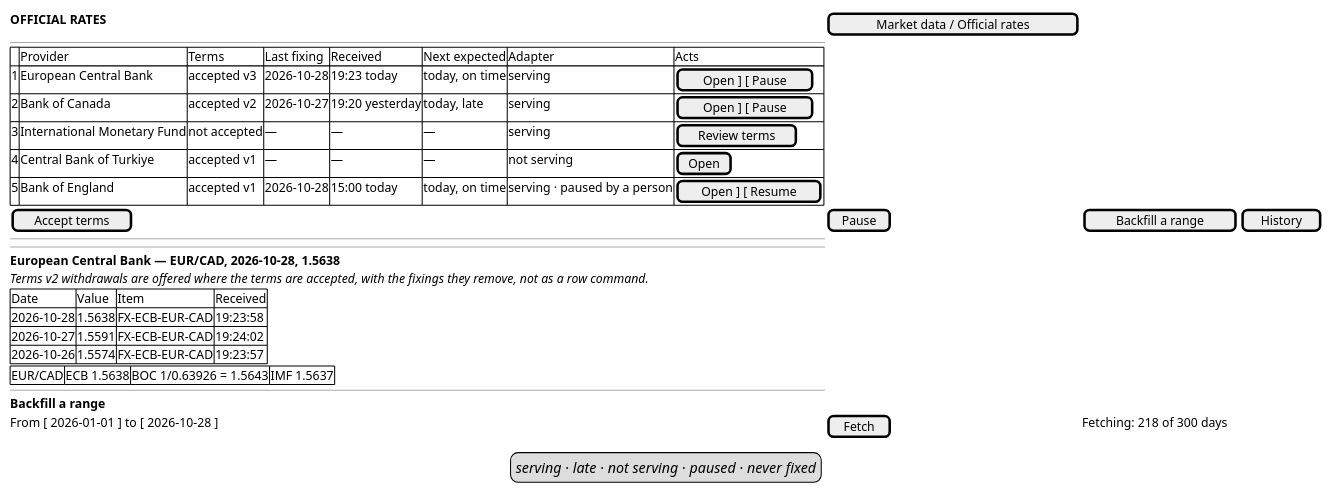
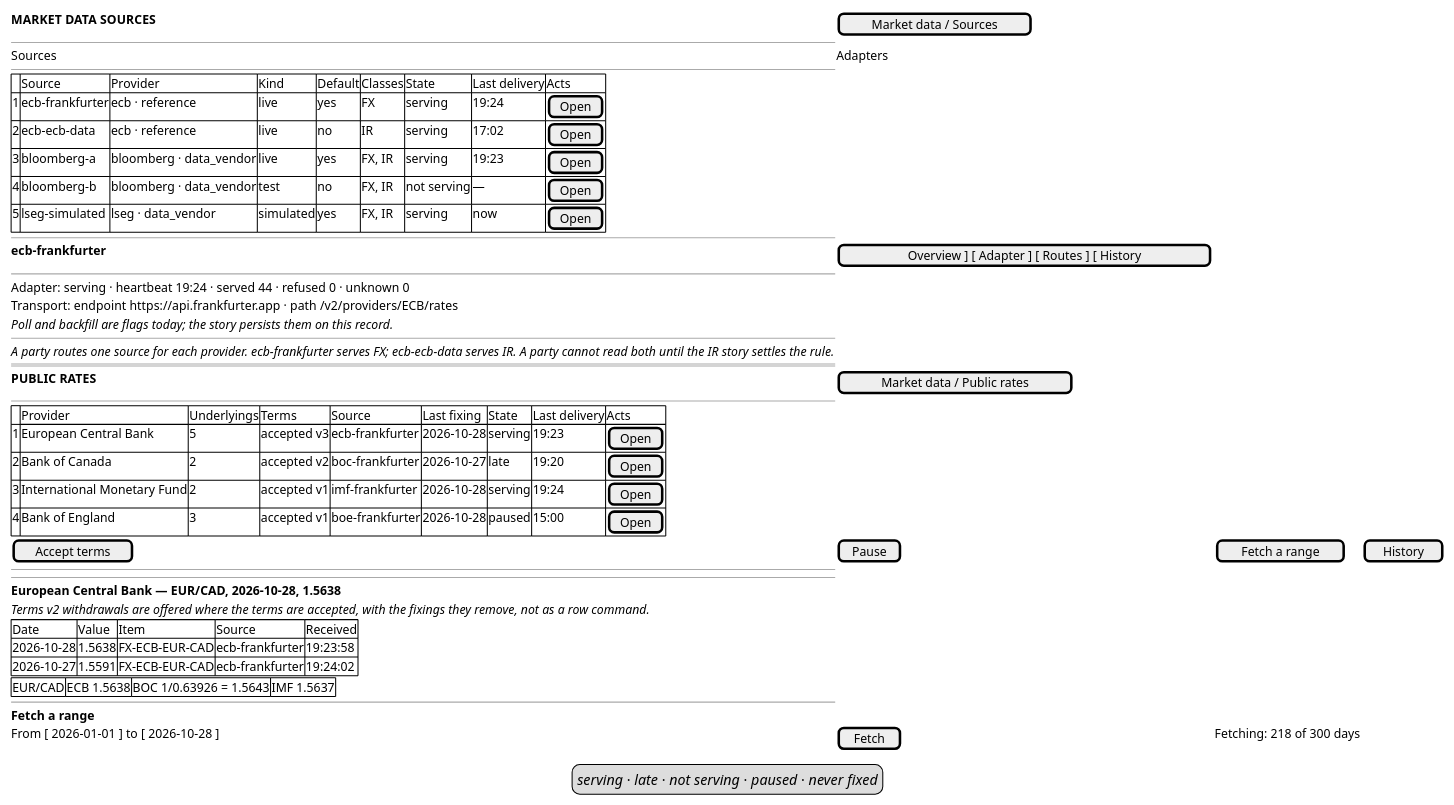
Before and after one commit to OreStudio/OreStudio: the diagram in doc/knowledge/journeys/market_data/wireframe_run-the-public-sources.puml, drawn with PlantUML. The commit also changed 16 other files, not shown here.

```diff
--- a/doc/knowledge/journeys/market_data/wireframe_run-the-public-sources.puml
+++ b/doc/knowledge/journeys/market_data/wireframe_run-the-public-sources.puml
@@ -18,35 +18,54 @@
 @startuml
 
 salt
 {
-  <b>OFFICIAL RATES</b> | [ Market data / Official rates ]
+  <b>MARKET DATA SOURCES</b> | [ Market data / Sources ]
+  --
+  Sources | Adapters
   --
   {#
-    . | Provider | Terms | Last fixing | Received | Next expected | Adapter | Acts
-    1 | European Central Bank | accepted v3 | 2026-10-28 | 19:23 today | today, on time | serving | [ Open ] [ Pause ]
-    2 | Bank of Canada | accepted v2 | 2026-10-27 | 19:20 yesterday | today, late | serving | [ Open ] [ Pause ]
-    3 | International Monetary Fund | not accepted | — | — | — | serving | [ Review terms ]
-    4 | Central Bank of Turkiye | accepted v1 | — | — | — | not serving | [ Open ]
-    5 | Bank of England | accepted v1 | 2026-10-28 | 15:00 today | today, on time | serving · paused by a person | [ Open ] [ Resume ]
+    . | Source | Provider | Kind | Default | Classes | State | Last delivery | Acts
+    1 | ecb-frankfurter | ecb · reference | live | yes | FX | serving | 19:24 | [ Open ]
+    2 | ecb-ecb-data | ecb · reference | live | no | IR | serving | 17:02 | [ Open ]
+    3 | bloomberg-a | bloomberg · data_vendor | live | yes | FX, IR | serving | 19:23 | [ Open ]
+    4 | bloomberg-b | bloomberg · data_vendor | test | no | FX, IR | not serving | — | [ Open ]
+    5 | lseg-simulated | lseg · data_vendor | simulated | yes | FX, IR | serving | now | [ Open ]
   }
-  [ Accept terms ] | [ Pause ] | [ Backfill a range ] | [ History ]
+  --
+  <b>ecb-frankfurter</b> | [ Overview ] [ Adapter ] [ Routes ] [ History ]
+  --
+  Adapter: serving · heartbeat 19:24 · served 44 · refused 0 · unknown 0
+  Transport: endpoint https://api.frankfurter.app · path /v2/providers/ECB/rates
+  <i>Poll and backfill are flags today; the story persists them on this record.</i>
+  --
+  <i>A party routes one source for each provider. ecb-frankfurter serves FX; ecb-ecb-data serves IR. A party cannot read both until the IR story settles the rule.</i>
+  ==
+  <b>PUBLIC RATES</b> | [ Market data / Public rates ]
+  --
+  {#
+    . | Provider | Underlyings | Terms | Source | Last fixing | State | Last delivery | Acts
+    1 | European Central Bank | 5 | accepted v3 | ecb-frankfurter | 2026-10-28 | serving | 19:23 | [ Open ]
+    2 | Bank of Canada | 2 | accepted v2 | boc-frankfurter | 2026-10-27 | late | 19:20 | [ Open ]
+    3 | International Monetary Fund | 2 | accepted v1 | imf-frankfurter | 2026-10-28 | serving | 19:24 | [ Open ]
+    4 | Bank of England | 3 | accepted v1 | boe-frankfurter | 2026-10-28 | paused | 15:00 | [ Open ]
+  }
+  [ Accept terms ] | [ Pause ] | [ Fetch a range ] | [ History ]
   --
   Legend: <i>serving</i> · <i>late</i> · <i>not serving</i> · <i>paused</i> · <i>never fixed</i>
   --
   <b>European Central Bank — EUR/CAD, 2026-10-28, 1.5638</b>
   <i>Terms v2 withdrawals are offered where the terms are accepted, with the fixings they remove, not as a row command.</i>
   {#
-    Date | Value | Item | Received
-    2026-10-28 | 1.5638 | FX-ECB-EUR-CAD | 19:23:58
-    2026-10-27 | 1.5591 | FX-ECB-EUR-CAD | 19:24:02
-    2026-10-26 | 1.5574 | FX-ECB-EUR-CAD | 19:23:57
+    Date | Value | Item | Source | Received
+    2026-10-28 | 1.5638 | FX-ECB-EUR-CAD | ecb-frankfurter | 19:23:58
+    2026-10-27 | 1.5591 | FX-ECB-EUR-CAD | ecb-frankfurter | 19:24:02
   }
   {#
     EUR/CAD | ECB 1.5638 | BOC 1/0.63926 = 1.5643 | IMF 1.5637
   }
   --
-  <b>Backfill a range</b>
+  <b>Fetch a range</b>
   From [ 2026-01-01 ] to [ 2026-10-28 ] | [ Fetch ] | Fetching: 218 of 300 days
 }
 
 @enduml
```
